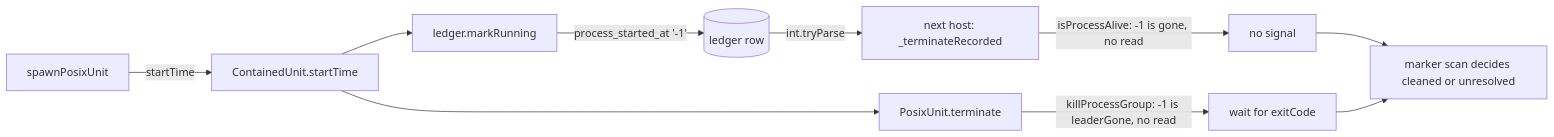
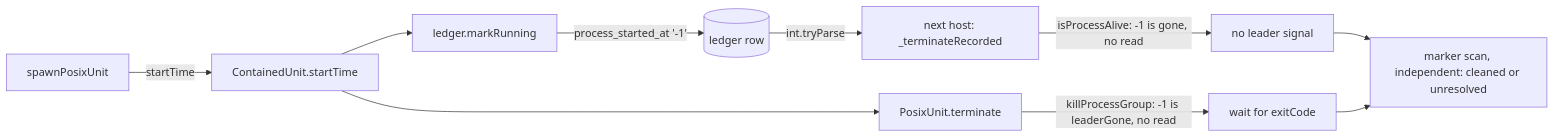
Before and after one commit to sh1ny/kumiko: the second of 2 diagrams in openspec/changes/fix-spawn-exit-race/design.md, drawn with Mermaid. The commit also changed other lines of this file and 3 other files, not shown here.

````diff
--- a/openspec/changes/fix-spawn-exit-race/design.md
+++ b/openspec/changes/fix-spawn-exit-race/design.md
@@ -152,12 +191,12 @@
 ```mermaid
 flowchart LR
     spawn[spawnPosixUnit] -->|startTime| unit[ContainedUnit.startTime]
     unit --> mark[ledger.markRunning]
     mark -->|"process_started_at '-1'"| row[(ledger row)]
     row -->|int.tryParse| reconcile[next host: _terminateRecorded]
-    reconcile -->|isProcessAlive: -1 is gone, no read| skip[no signal]
+    reconcile -->|isProcessAlive: -1 is gone, no read| skip[no leader signal]
     unit --> term[PosixUnit.terminate]
     term -->|killProcessGroup: -1 is leaderGone, no read| wait[wait for exitCode]
-    skip --> scan[marker scan decides cleaned or unresolved]
+    skip --> scan[marker scan, independent: cleaned or unresolved]
     wait --> scan
 ```
````
